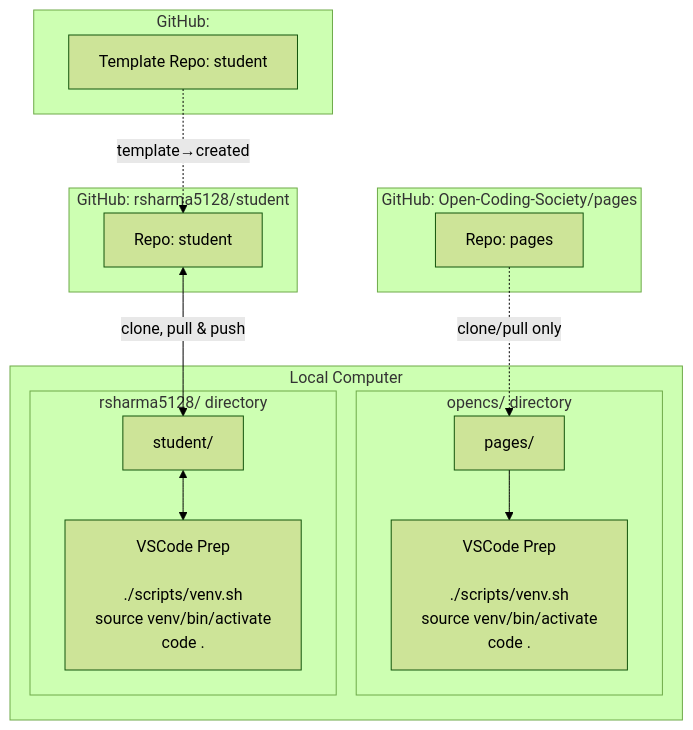
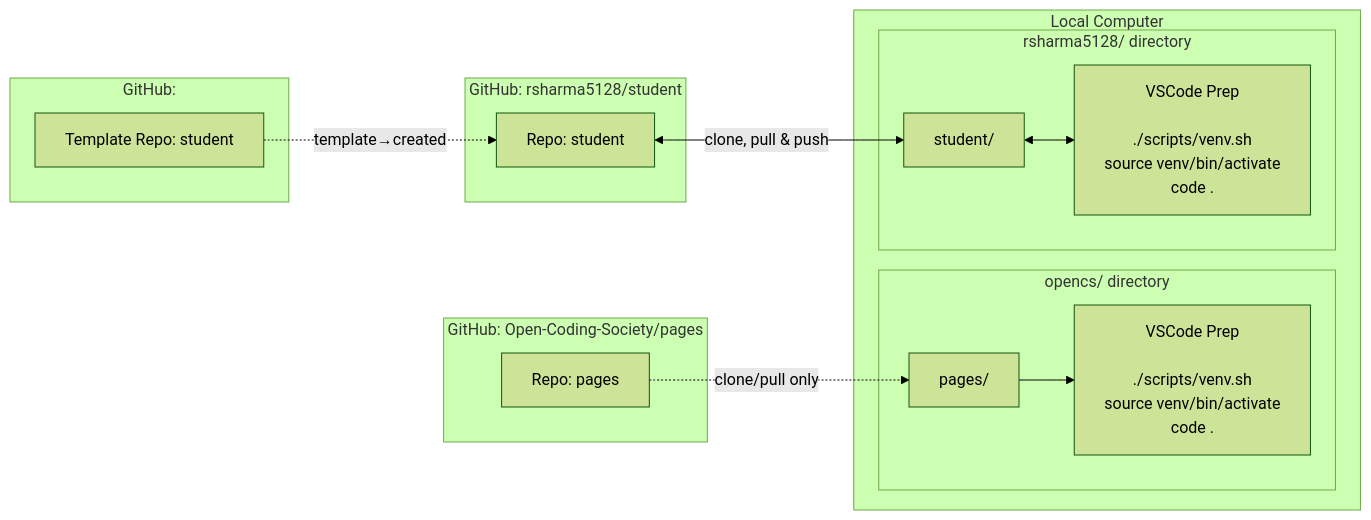
One commit to rsharma5128/student changed the first of 2 diagrams in _posts/Foundation/B-tools_and_equipment/2025-11-21-tools_quest.md. Above: the diagram before and after it, drawn with Mermaid (forest theme).

Commit message:
changed flowchart 1 to lr for arrow better looking

````diff
--- a/_posts/Foundation/B-tools_and_equipment/2025-11-21-tools_quest.md
+++ b/_posts/Foundation/B-tools_and_equipment/2025-11-21-tools_quest.md
@@ -17,39 +17,39 @@
 ```mermaid
-flowchart TD
+flowchart LR
     %% GitHub Sources
     subgraph GitHub_Pages[GitHub: Open-Coding-Society/pages]
         A[Repo: pages]:::repo
     end
 
     subgraph GitHub_Template[GitHub:]
         T[Template Repo: student]:::repo
     end
 
     subgraph GitHub_Student[GitHub: rsharma5128/student]
         B[Repo: student]:::repo
     end
 
     %% Local Computer
     subgraph Local[Local Computer]
         subgraph opencs_dir[opencs/ directory]
             C[pages/]:::local
             Ccmd[VSCode Prep<br/><br/>./scripts/venv.sh<br/>source venv/bin/activate<br/>code .]:::cmd
         end
         subgraph user_dir[rsharma5128/ directory]
             D[student/]:::local
             Dcmd[VSCode Prep<br/><br/>./scripts/venv.sh<br/>source venv/bin/activate<br/>code .]:::cmd
         end
     end
 
     %% Arrows: cloning
     A -.->|clone/pull only| C
     B <--> |clone, pull & push| D
 
     %% Arrows: template relationship
     T -.->|template→created| B
 
     %% Arrows: commands
     C --> Ccmd
     D <--> Dcmd
     
 ```
````
